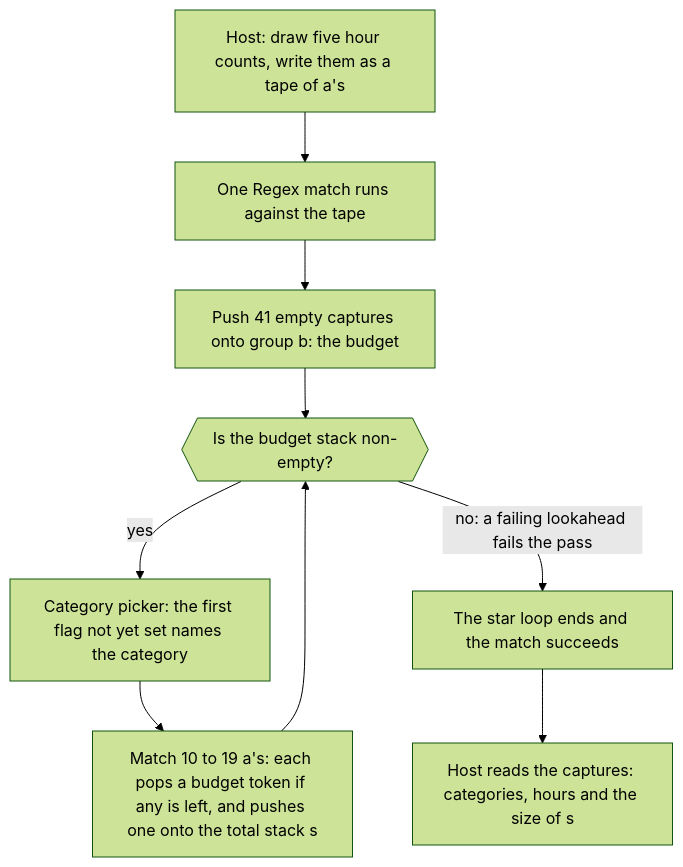
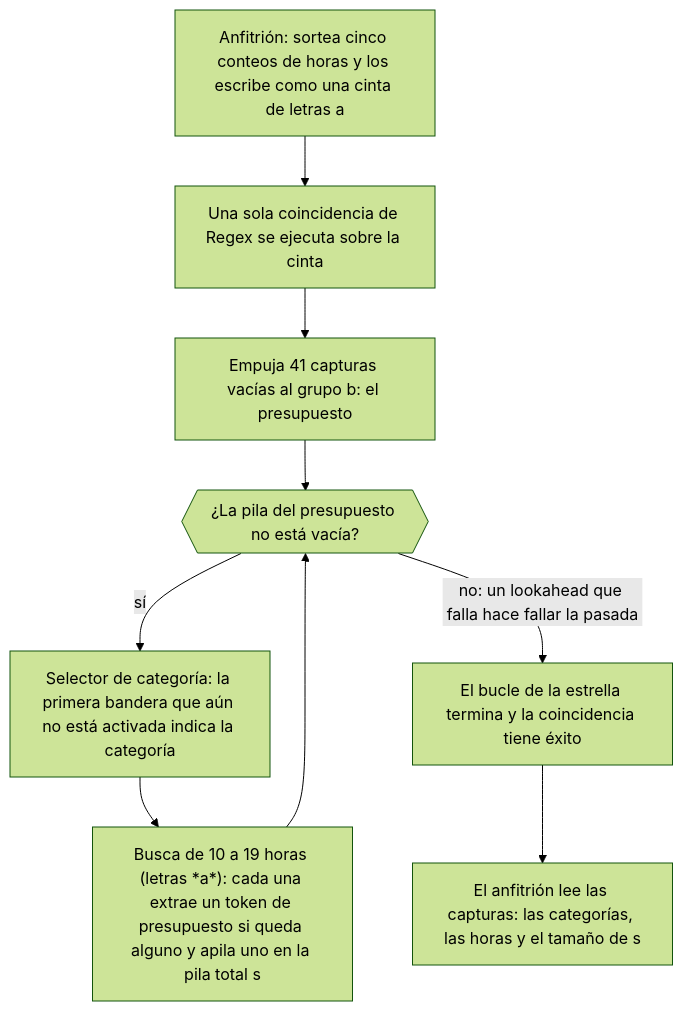
Before and after one commit to dullroar/aprende-a-programar-como-un-bicho-raro: the diagram in src/regex-dotnet/README.md, drawn with Mermaid (forest theme). The commit also changed other lines of this file and 15 other files, not shown here.

Commit message:
loop(P4-src-12): src/regex-dotnet, src/regex-pcre2 and src/regex-pcre2grep READMEs translated (154 segments); I22, I3, I25, I15 and front-matter fixes, verb, product-name and exit-code waivers; H012 recorded; anchors relinked

````diff
--- a/src/regex-dotnet/README.md
+++ b/src/regex-dotnet/README.md
@@ -55,13 +55,13 @@
 ```mermaid
 flowchart TD
-    accTitle: regex-dotnet: balancing groups as a budget stack
-    accDescr: A flowchart. The host draws five hour counts and writes them as a tape of letters a, one per hour. It runs one regex match. The pattern first pushes 41 empty captures onto the stack of group b, which is the budget. Each pass of the star loop first checks whether the budget stack is non-empty. If it is, a chain of conditional flag groups picks the next category. Then 10 to 19 letters a are matched, and each one pops a budget token, if any is left, and pushes a token onto the running total stack. When the budget is empty, a failing lookahead fails the pass and the loop ends. The host then reads out the categories, the hours and the size of the total stack.
-    A["Host: draw five hour counts, write them as a tape of a's"] --> B["One Regex match runs against the tape"]
-    B --> C["Push 41 empty captures onto group b: the budget"]
-    C --> D{{"Is the budget stack non-empty?"}}
-    D -->|yes| E["Category picker: the first flag not yet set names the category"]
-    E --> F["Match 10 to 19 a's: each pops a budget token if any is left, and pushes one onto the total stack s"]
+    accTitle: regex-dotnet: grupos de equilibrio como una pila de presupuesto
+    accDescr: Un diagrama de flujo. El anfitrión sortea cinco cantidades de horas y las escribe como una cinta de letras a, una por hora. Ejecuta una sola coincidencia de regex. El patrón empieza por apilar 41 capturas vacías en la pila del grupo b, que es el presupuesto. Cada pasada del bucle de estrella comprueba primero si la pila del presupuesto no está vacía. Si no lo está, una cadena de grupos condicionales de banderas elige la siguiente categoría. Después coinciden de 10 a 19 letras a (las horas de una tarjeta). Cada una retira un token del presupuesto, si queda alguno, y apila un token en la pila del total acumulado. Cuando el presupuesto está vacío, un *lookahead* que falla hace fallar la pasada y el bucle termina. Por último, el anfitrión lee las categorías, las horas y el tamaño de la pila del total acumulado.
+    A["Anfitrión: sortea cinco conteos de horas y los escribe como una cinta de letras a"] --> B["Una sola coincidencia de Regex se ejecuta sobre la cinta"]
+    B --> C["Empuja 41 capturas vacías al grupo b: el presupuesto"]
+    C --> D{{"¿La pila del presupuesto no está vacía?"}}
+    D -->|sí| E["Selector de categoría: la primera bandera que aún no está activada indica la categoría"]
+    E --> F["Busca de 10 a 19 horas (letras *a*): cada una extrae un token de presupuesto si queda alguno y apila uno en la pila total s"]
     F --> D
-    D -->|"no: a failing lookahead fails the pass"| G["The star loop ends and the match succeeds"]
-    G --> H["Host reads the captures: categories, hours and the size of s"]
+    D -->|"no: un lookahead que falla hace fallar la pasada"| G["El bucle de la estrella termina y la coincidencia tiene éxito"]
+    G --> H["El anfitrión lee las capturas: las categorías, las horas y el tamaño de s"]
 ```
````
